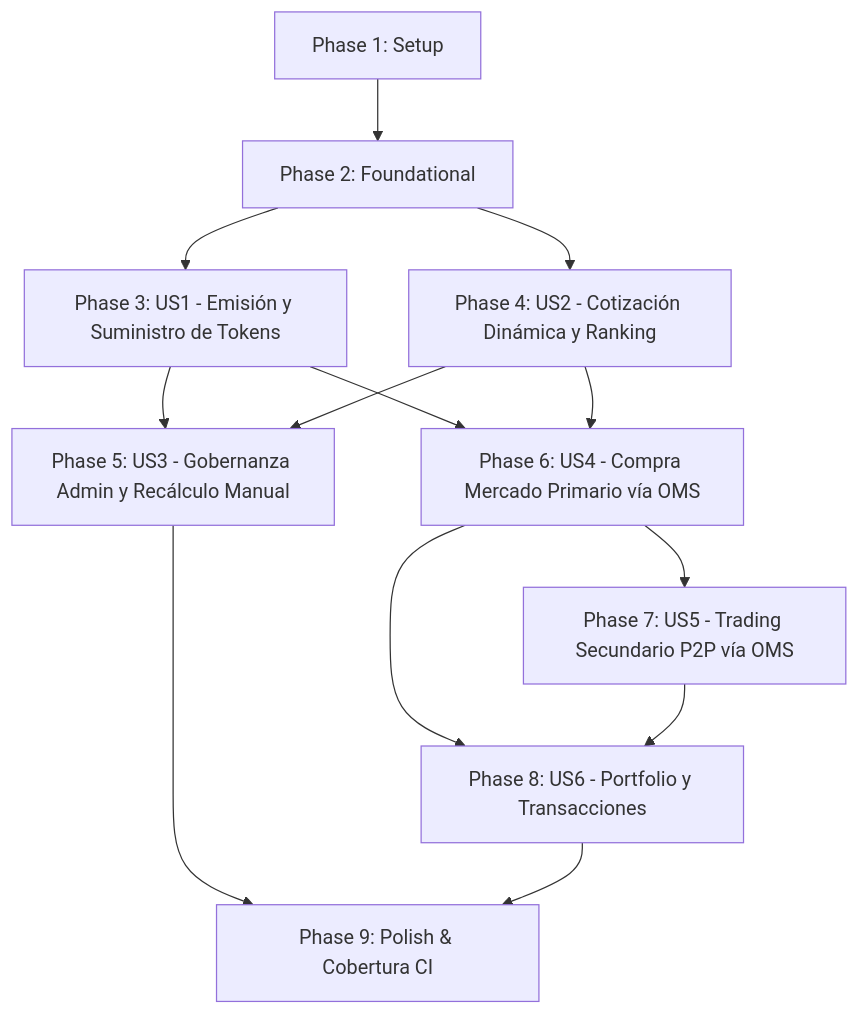
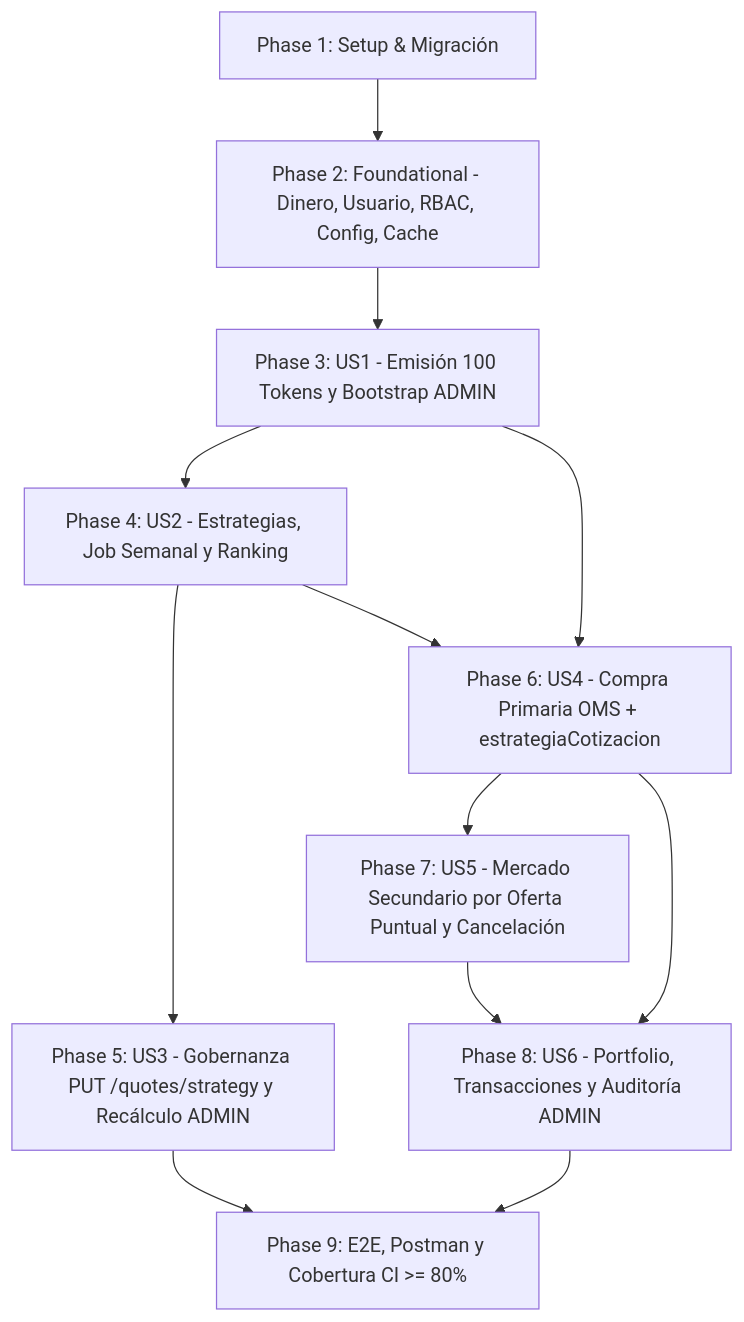
Before and after one commit to salvanescki/dapps2026GrupoQ: the diagram in specs/012-token-marketplace-oms/tasks.md, drawn with Mermaid. The commit also changed other lines of this file and 6 other files, not shown here.

````diff
--- a/specs/012-token-marketplace-oms/tasks.md
+++ b/specs/012-token-marketplace-oms/tasks.md
@@ -185,11 +182,11 @@
 ```mermaid
 flowchart TD
-    Setup[Phase 1: Setup] --> Foundational[Phase 2: Foundational]
-    Foundational --> US1[Phase 3: US1 - Emisión y Suministro de Tokens]
-    Foundational --> US2[Phase 4: US2 - Cotización Dinámica y Ranking]
-    US1 & US2 --> US3[Phase 5: US3 - Gobernanza Admin y Recálculo Manual]
-    US1 & US2 --> US4[Phase 6: US4 - Compra Mercado Primario vía OMS]
-    US4 --> US5[Phase 7: US5 - Trading Secundario P2P vía OMS]
-    US4 & US5 --> US6[Phase 8: US6 - Portfolio y Transacciones]
-    US3 & US6 --> Polish[Phase 9: Polish & Cobertura CI]
+    Setup[Phase 1: Setup & Migración] --> Foundational[Phase 2: Foundational - Dinero, Usuario, RBAC, Config, Cache]
+    Foundational --> US1[Phase 3: US1 - Emisión 100 Tokens y Bootstrap ADMIN]
+    US1 --> US2[Phase 4: US2 - Estrategias, Job Semanal y Ranking]
+    US2 --> US3[Phase 5: US3 - Gobernanza PUT /quotes/strategy y Recálculo ADMIN]
+    US1 & US2 --> US4[Phase 6: US4 - Compra Primaria OMS + estrategiaCotizacion]
+    US4 --> US5[Phase 7: US5 - Mercado Secundario por Oferta Puntual y Cancelación]
+    US4 & US5 --> US6[Phase 8: US6 - Portfolio, Transacciones y Auditoría ADMIN]
+    US3 & US6 --> Polish[Phase 9: E2E, Postman y Cobertura CI >= 80%]
 ```
````
